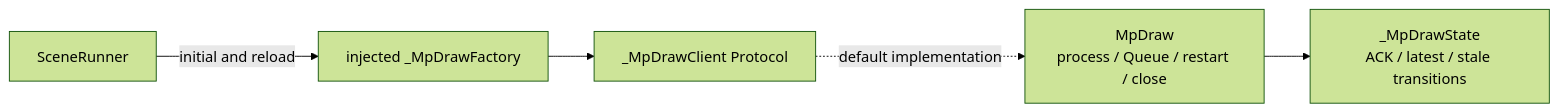
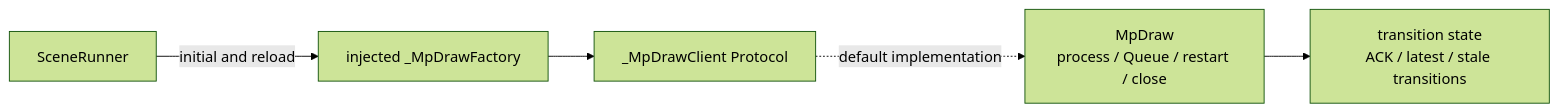
The ninth of 24 diagrams in docs/architecture_visualization.md (tyhts0829/graft), drawn with Mermaid (forest theme) before and after one commit. The commit also changed other lines of this file and 135 other files, not shown here.

````diff
--- a/docs/architecture_visualization.md
+++ b/docs/architecture_visualization.md
@@ -234,12 +295,12 @@
 ```mermaid
 flowchart LR
     sr["SceneRunner"]
     factory["injected _MpDrawFactory"]
     client["_MpDrawClient Protocol"]
     mp["MpDraw<br/>process / Queue / restart / close"]
-    state["_MpDrawState<br/>ACK / latest / stale transitions"]
+    state["transition state<br/>ACK / latest / stale transitions"]
 
     sr -->|"initial and reload"| factory --> client
     client -.->|"default implementation"| mp
     mp --> state
 ```
````
